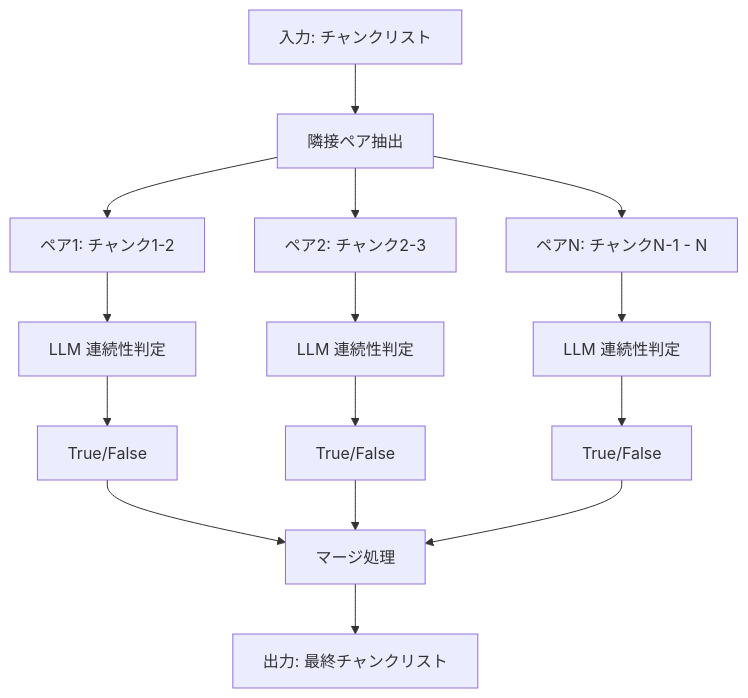
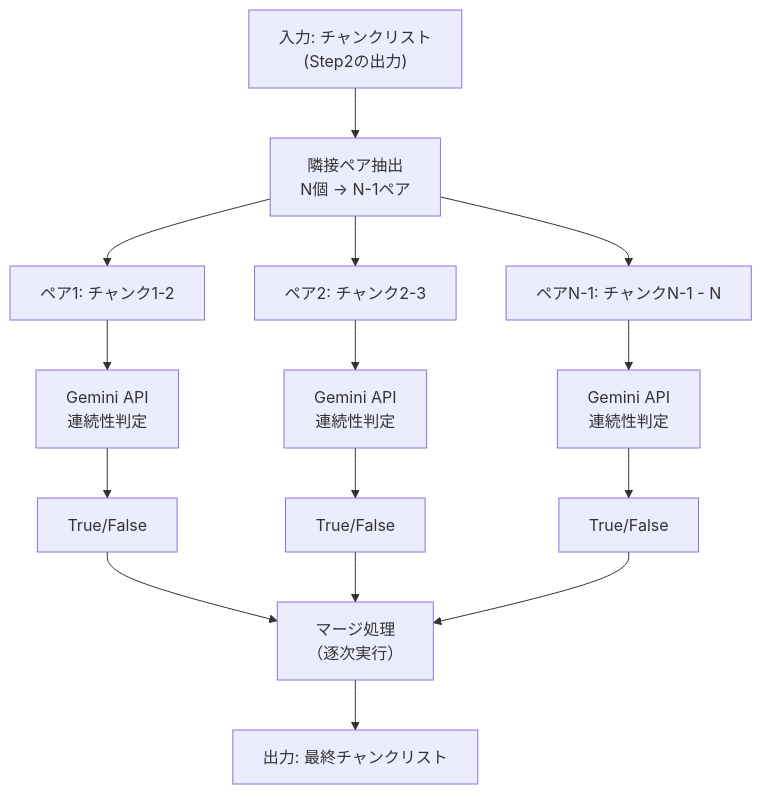
One commit to nakashima2toshio/gemini_grace_agent changed the third of 6 diagrams in chunking/doc/step3.md. Above: the diagram before and after it, drawn with Mermaid. The commit also changed other lines of this file and 134 other files, not shown here.

````diff
--- a/chunking/doc/step3.md
+++ b/chunking/doc/step3.md
@@ -80,22 +153,22 @@
 ```mermaid
-graph TD
-    A[入力: チャンクリスト] --> B[隣接ペア抽出]
+flowchart TB
+    A["入力: チャンクリスト<br/>(Step2の出力)"] --> B["隣接ペア抽出<br/>N個 → N-1ペア"]
 
-    B --> C[ペア1: チャンク1-2]
-    B --> D[ペア2: チャンク2-3]
-    B --> E[ペアN: チャンクN-1 - N]
+    B --> C["ペア1: チャンク1-2"]
+    B --> D["ペア2: チャンク2-3"]
+    B --> E["ペアN-1: チャンクN-1 - N"]
 
-    C --> F[LLM 連続性判定]
-    D --> G[LLM 連続性判定]
-    E --> H[LLM 連続性判定]
+    C --> F["Gemini API<br/>連続性判定"]
+    D --> G["Gemini API<br/>連続性判定"]
+    E --> H["Gemini API<br/>連続性判定"]
 
-    F --> I[True/False]
-    G --> J[True/False]
-    H --> K[True/False]
+    F --> I["True/False"]
+    G --> J["True/False"]
+    H --> K["True/False"]
 
-    I --> L[マージ処理]
+    I --> L["マージ処理<br/>（逐次実行）"]
     J --> L
     K --> L
 
-    L --> M[出力: 最終チャンクリスト]
+    L --> M["出力: 最終チャンクリスト"]
 ```
````
